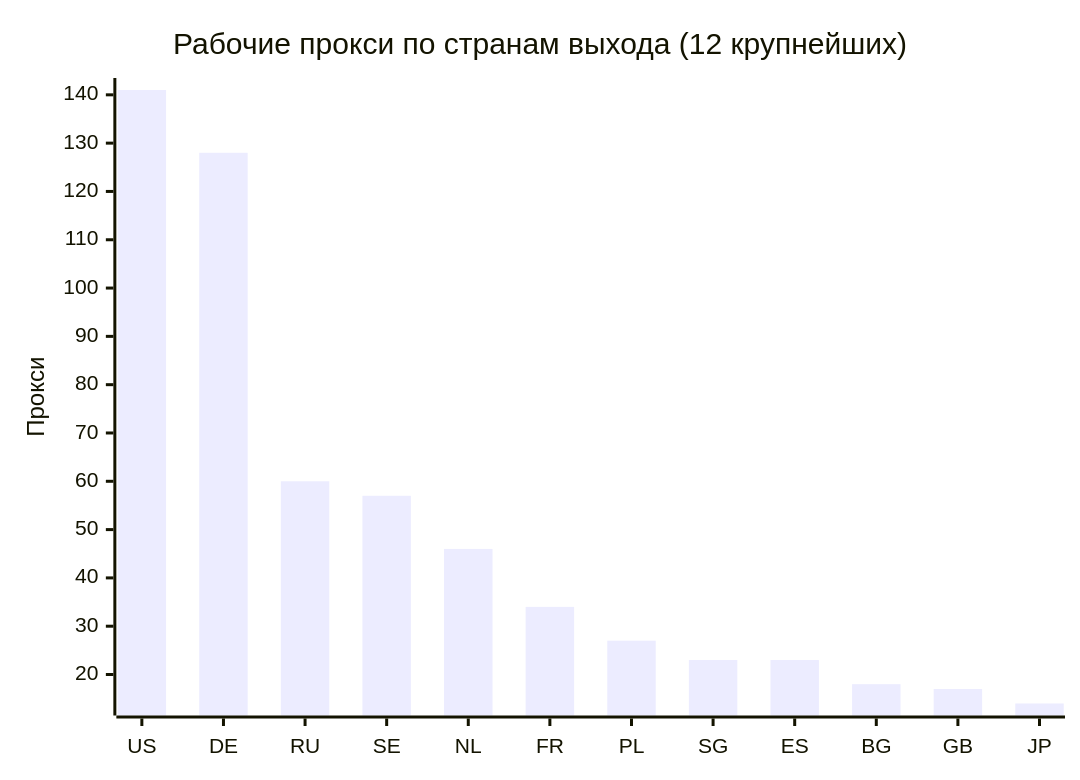
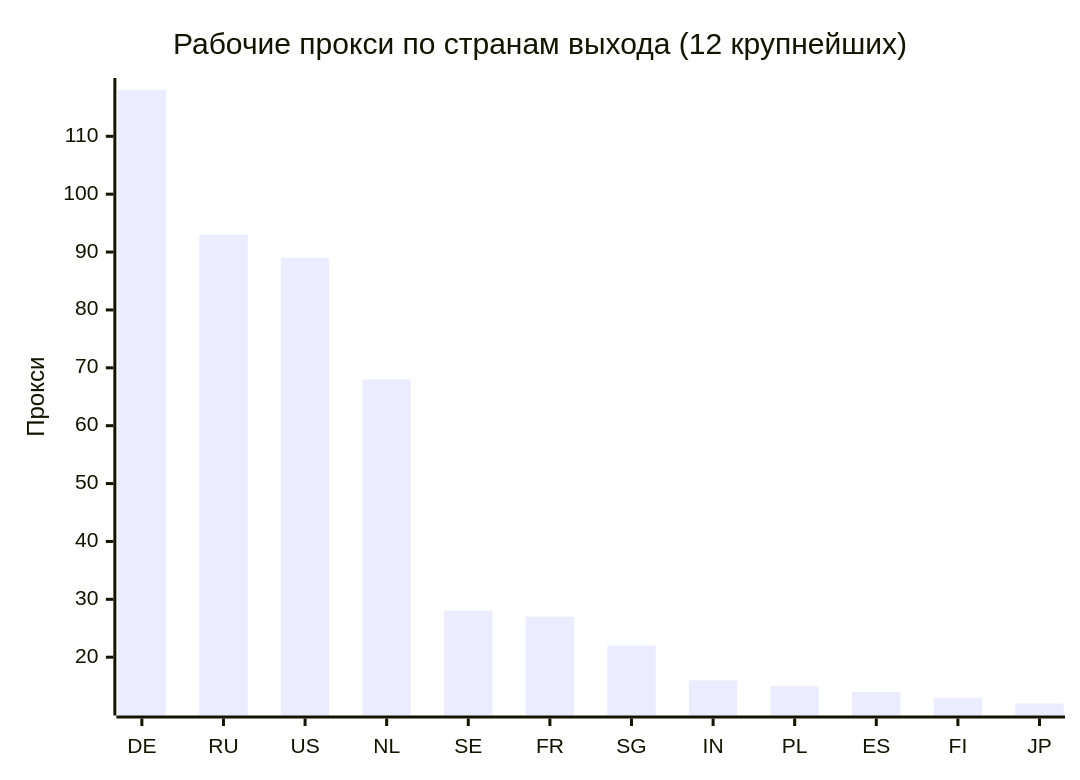
The second of 4 diagrams in README.md (rvvg/proxy-subs), drawn with Mermaid before and after one commit. The commit also changed other lines of this file and 44 other files, not shown here.

````diff
--- a/README.md
+++ b/README.md
@@ -125,7 +122,7 @@
 ```mermaid
 xychart-beta
     title "Рабочие прокси по странам выхода (12 крупнейших)"
-    x-axis ["US", "DE", "RU", "SE", "NL", "FR", "PL", "SG", "ES", "BG", "GB", "JP"]
+    x-axis ["DE", "RU", "US", "NL", "SE", "FR", "SG", "IN", "PL", "ES", "FI", "JP"]
     y-axis "Прокси"
-    bar [141, 128, 60, 57, 46, 34, 27, 23, 23, 18, 17, 14]
+    bar [118, 93, 89, 68, 28, 27, 22, 16, 15, 14, 13, 12]
 ```
````
